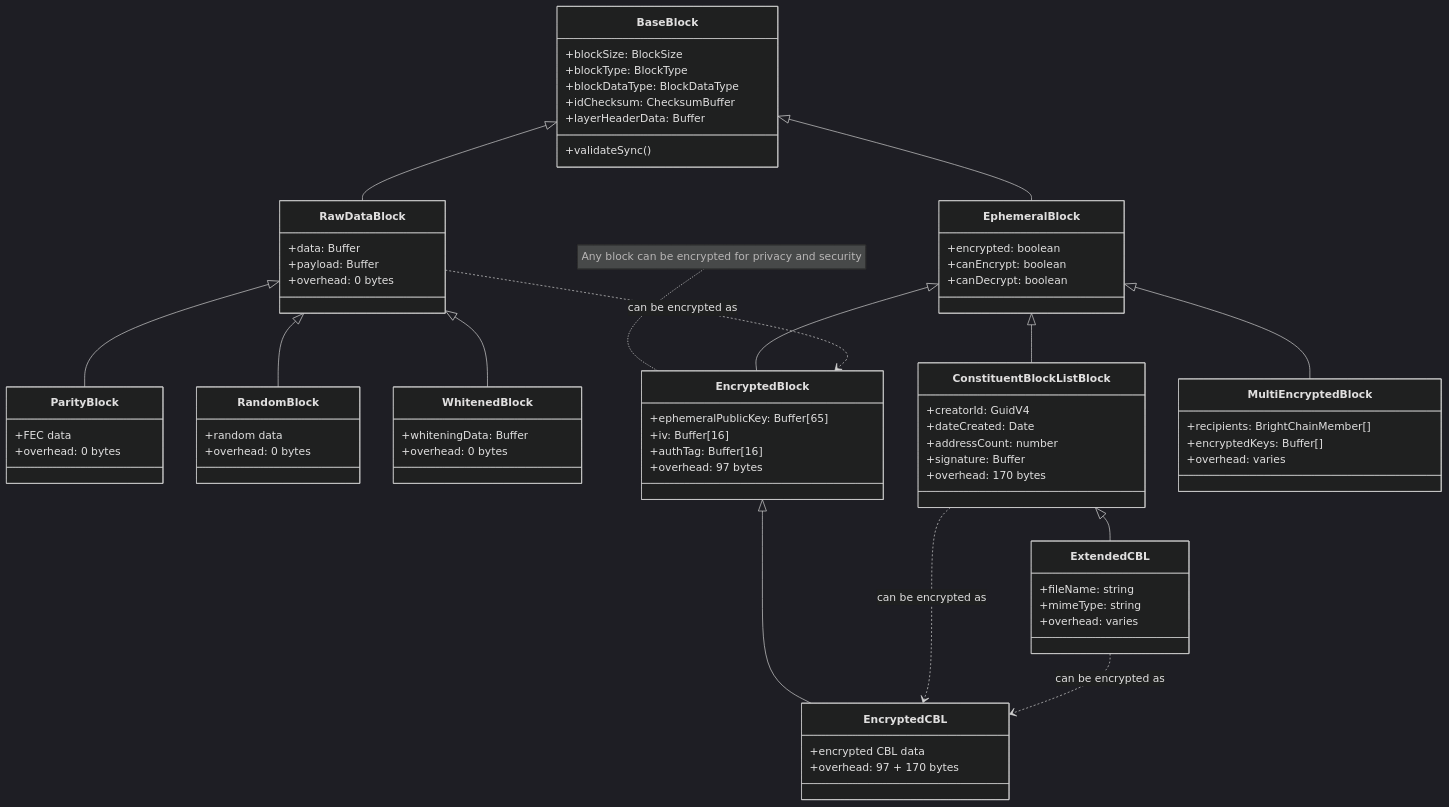
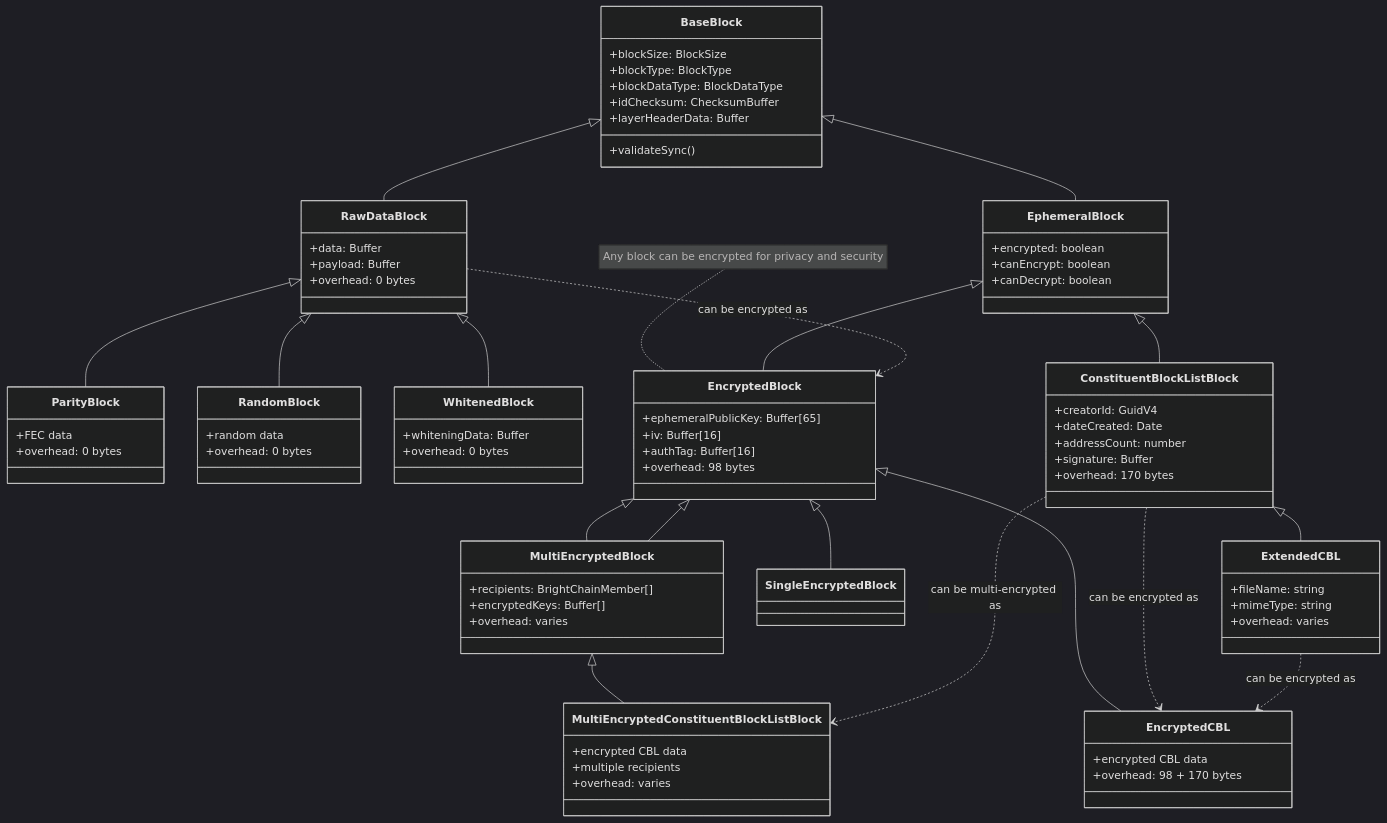
One commit to Digital-Defiance/BrightChain changed the first of 2 diagrams in docs/blockHierarchy.md. Above: the diagram before and after it, drawn with Mermaid (dark theme). The commit also changed other lines of this file and 123 other files, not shown here.

```diff
--- a/docs/blockHierarchy.md
+++ b/docs/blockHierarchy.md
@@ -137,12 +155,16 @@
     RawDataBlock <|-- WhitenedBlock
     EphemeralBlock <|-- EncryptedBlock
     EphemeralBlock <|-- ConstituentBlockListBlock
-    EphemeralBlock <|-- MultiEncryptedBlock
+    EncryptedBlock <|-- MultiEncryptedBlock
+    EncryptedBlock <|-- SingleEncryptedBlock
+    EncryptedBlock <|-- MultiEncryptedBlock
     EncryptedBlock <|-- EncryptedCBL
     ConstituentBlockListBlock <|-- ExtendedCBL
+    MultiEncryptedBlock <|-- MultiEncryptedConstituentBlockListBlock
 
     %% Encryption Capabilities
     ConstituentBlockListBlock ..> EncryptedCBL: can be encrypted as
+    ConstituentBlockListBlock ..> MultiEncryptedConstituentBlockListBlock: can be multi-encrypted as
     ExtendedCBL ..> EncryptedCBL: can be encrypted as
     RawDataBlock ..> EncryptedBlock: can be encrypted as
 
@@ -171,7 +193,7 @@
         +ephemeralPublicKey: Buffer[65]
         +iv: Buffer[16]
         +authTag: Buffer[16]
-        +overhead: 97 bytes
+        +overhead: 98 bytes
     }
 
     class ConstituentBlockListBlock {
@@ -194,6 +216,12 @@
         +overhead: varies
     }
 
+    class MultiEncryptedConstituentBlockListBlock {
+        +encrypted CBL data
+        +multiple recipients
+        +overhead: varies
+    }
+
     class ParityBlock {
         +FEC data
         +overhead: 0 bytes
@@ -211,7 +239,7 @@
 
     class EncryptedCBL {
         +encrypted CBL data
-        +overhead: 97 + 170 bytes
+        +overhead: 98 + 170 bytes
     }
 
     %% Note
```
